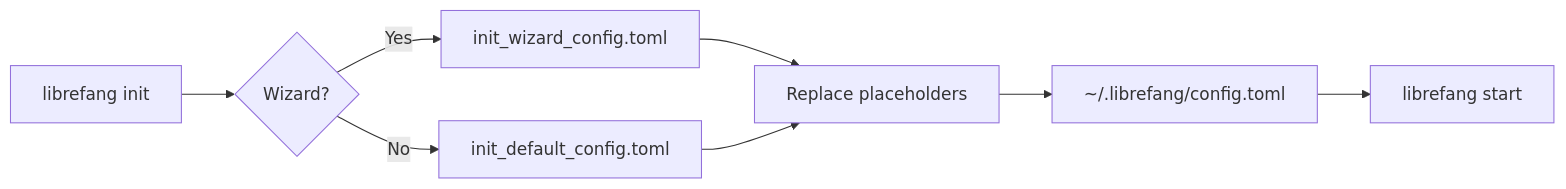
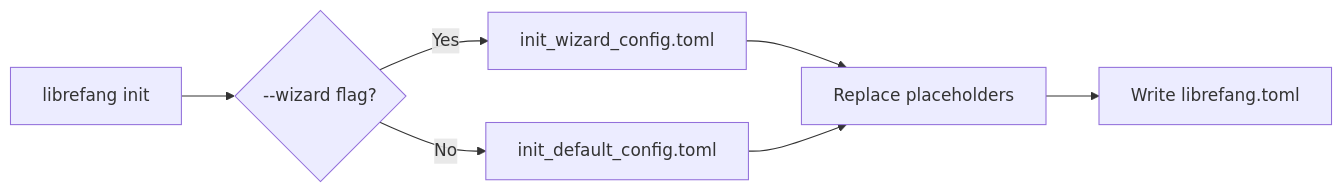
The diagram in other-librefang-cli-templates.md (leszek3737/librefang-WIki), drawn with Mermaid before and after one commit. The commit also changed other lines of this file and 128 other files, not shown here.

````diff
--- a/other-librefang-cli-templates.md
+++ b/other-librefang-cli-templates.md
@@ -174,10 +20,9 @@
 ```mermaid
 flowchart LR
-    A[librefang init] --> B{Wizard?}
+    A["librefang init"] --> B{"--wizard flag?"}
     B -- Yes --> C[init_wizard_config.toml]
     B -- No --> D[init_default_config.toml]
     C --> E[Replace placeholders]
     D --> E
-    E --> F["~/.librefang/config.toml"]
-    F --> G[librefang start]
+    E --> F["Write librefang.toml"]
 ```
````
